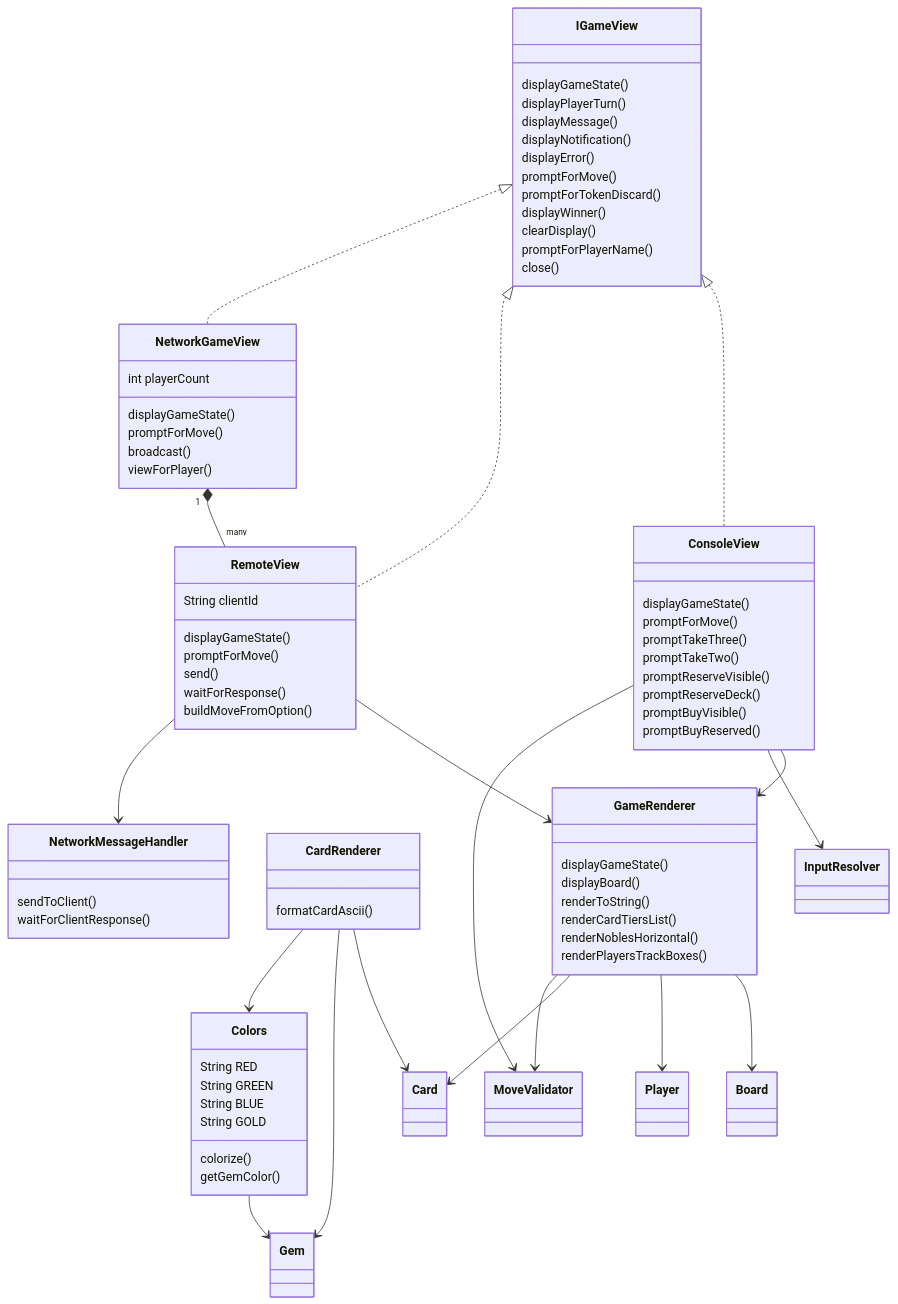
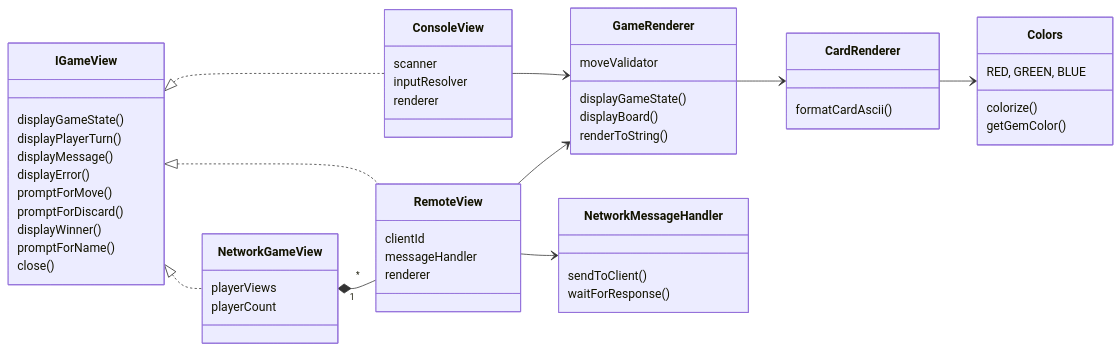
One commit to bryanseah234/playsplendor changed the sixth of 7 diagrams in ALL.md. Above: the diagram before and after it, drawn with Mermaid. The commit also changed other lines of this file, not shown here.

````diff
--- a/ALL.md
+++ b/ALL.md
@@ -408,54 +428,41 @@
 ```mermaid
 classDiagram
+    direction LR
+    
     class IGameView {
         displayGameState()
         displayPlayerTurn()
         displayMessage()
-        displayNotification()
         displayError()
         promptForMove()
-        promptForTokenDiscard()
+        promptForDiscard()
         displayWinner()
-        clearDisplay()
-        promptForPlayerName()
+        promptForName()
         close()
     }
     
     class ConsoleView {
-        displayGameState()
-        promptForMove()
-        promptTakeThree()
-        promptTakeTwo()
-        promptReserveVisible()
-        promptReserveDeck()
-        promptBuyVisible()
-        promptBuyReserved()
+        scanner
+        inputResolver
+        renderer
     }
     
     class RemoteView {
-        String clientId
-        displayGameState()
-        promptForMove()
-        send()
-        waitForResponse()
-        buildMoveFromOption()
+        clientId
+        messageHandler
+        renderer
     }
     
     class NetworkGameView {
-        int playerCount
-        displayGameState()
-        promptForMove()
-        broadcast()
-        viewForPlayer()
+        playerViews
+        playerCount
     }
     
     class GameRenderer {
+        moveValidator
         displayGameState()
         displayBoard()
         renderToString()
-        renderCardTiersList()
-        renderNoblesHorizontal()
-        renderPlayersTrackBoxes()
     }
     
     class CardRenderer {
@@ -463,34 +470,23 @@
     }
     
     class Colors {
-        String RED
-        String GREEN
-        String BLUE
-        String GOLD
+        RED, GREEN, BLUE
         colorize()
         getGemColor()
     }
     
     class NetworkMessageHandler {
         sendToClient()
-        waitForClientResponse()
+        waitForResponse()
     }
     
     IGameView <|.. ConsoleView
     IGameView <|.. RemoteView
     IGameView <|.. NetworkGameView
-    NetworkGameView "1" *-- "many" RemoteView
+    NetworkGameView "1" *-- "*" RemoteView
     ConsoleView --> GameRenderer
-    ConsoleView --> InputResolver
-    ConsoleView --> MoveValidator
     RemoteView --> GameRenderer
     RemoteView --> NetworkMessageHandler
-    GameRenderer --> Board
-    GameRenderer --> Player
-    GameRenderer --> Card
-    GameRenderer --> MoveValidator
-    CardRenderer --> Card
-    CardRenderer --> Gem
+    GameRenderer --> CardRenderer
     CardRenderer --> Colors
-    Colors --> Gem
 ```
````
